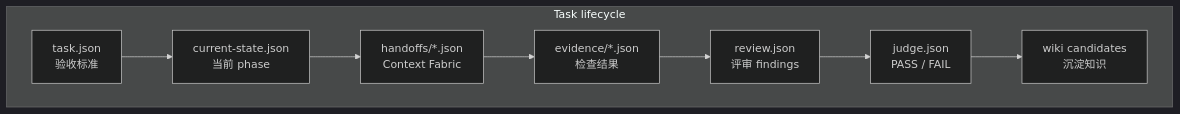
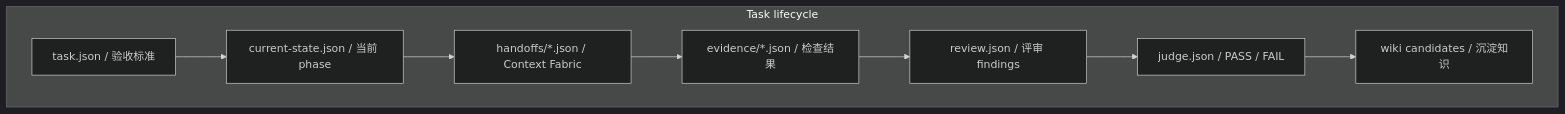
Before and after one commit to geebytes/kata: the sixth of 6 diagrams in README_ZH.md, drawn with Mermaid (dark theme). The commit also changed other lines of this file and 1 other file, not shown here.

Commit message:
docs: fix mermaid diagrams — replace br tags with plain text separators

````diff
--- a/README_ZH.md
+++ b/README_ZH.md
@@ -226,19 +226,19 @@
 ```mermaid
 flowchart TB
     subgraph Task lifecycle
-        T1[task.json<br/>验收标准]
-        T2[current-state.json<br/>当前 phase]
-        T3[handoffs/*.json<br/>Context Fabric]
-        T4[evidence/*.json<br/>检查结果]
-        T5[review.json<br/>评审 findings]
-        T6[judge.json<br/>PASS / FAIL]
-        T7[wiki candidates<br/>沉淀知识]
+        T1[task.json / 验收标准]
+        T2[current-state.json / 当前 phase]
+        T3[handoffs/*.json / Context Fabric]
+        T4[evidence/*.json / 检查结果]
+        T5[review.json / 评审 findings]
+        T6[judge.json / PASS / FAIL]
+        T7[wiki candidates / 沉淀知识]
     end
 
     T1 --> T2
     T2 --> T3
     T3 --> T4
     T4 --> T5
     T5 --> T6
     T6 --> T7
 ```
````
